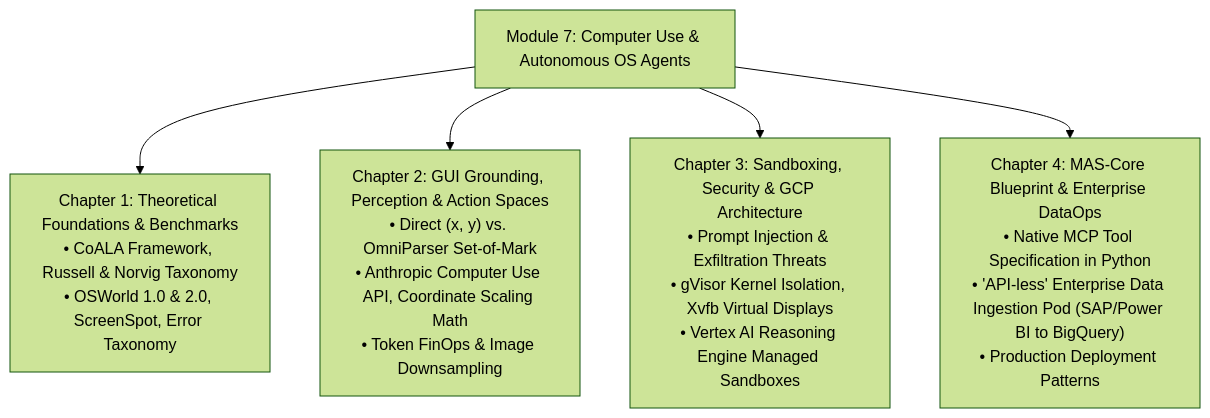
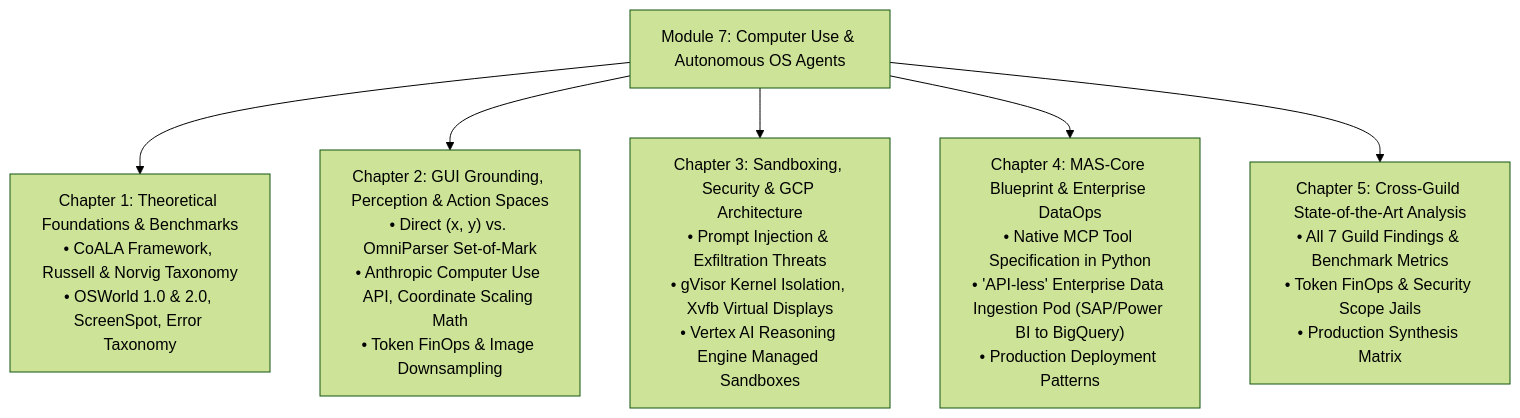
Before and after one commit to mphoMas/Acinonyx: the diagram in research/agentic_systems/07_computer_use_and_os_automation/README.md, drawn with Mermaid (forest theme). The commit also changed other lines of this file and 469 other files, not shown here.

````diff
--- a/research/agentic_systems/07_computer_use_and_os_automation/README.md
+++ b/research/agentic_systems/07_computer_use_and_os_automation/README.md
@@ -12,12 +12,14 @@
 ```mermaid
 graph TD
     Root["Module 7: Computer Use & Autonomous OS Agents"]
     
     Root --> Ch1["Chapter 1: Theoretical Foundations & Benchmarks<br>• CoALA Framework, Russell & Norvig Taxonomy<br>• OSWorld 1.0 & 2.0, ScreenSpot, Error Taxonomy"]
     
     Root --> Ch2["Chapter 2: GUI Grounding, Perception & Action Spaces<br>• Direct (x, y) vs. OmniParser Set-of-Mark<br>• Anthropic Computer Use API, Coordinate Scaling Math<br>• Token FinOps & Image Downsampling"]
     
     Root --> Ch3["Chapter 3: Sandboxing, Security & GCP Architecture<br>• Prompt Injection & Exfiltration Threats<br>• gVisor Kernel Isolation, Xvfb Virtual Displays<br>• Vertex AI Reasoning Engine Managed Sandboxes"]
     
     Root --> Ch4["Chapter 4: MAS-Core Blueprint & Enterprise DataOps<br>• Native MCP Tool Specification in Python<br>• 'API-less' Enterprise Data Ingestion Pod (SAP/Power BI to BigQuery)<br>• Production Deployment Patterns"]
+    
+    Root --> Ch5["Chapter 5: Cross-Guild State-of-the-Art Analysis<br>• All 7 Guild Findings & Benchmark Metrics<br>• Token FinOps & Security Scope Jails<br>• Production Synthesis Matrix"]
 ```
````
